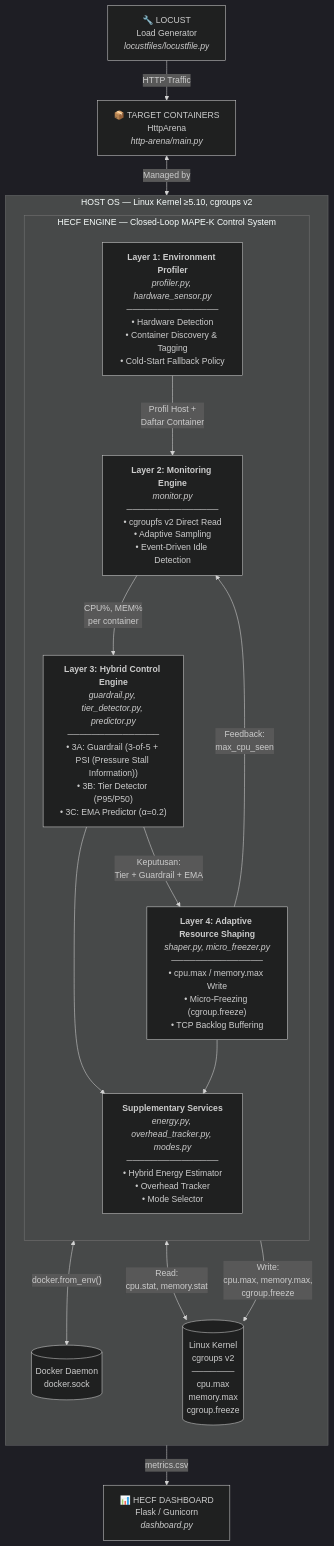
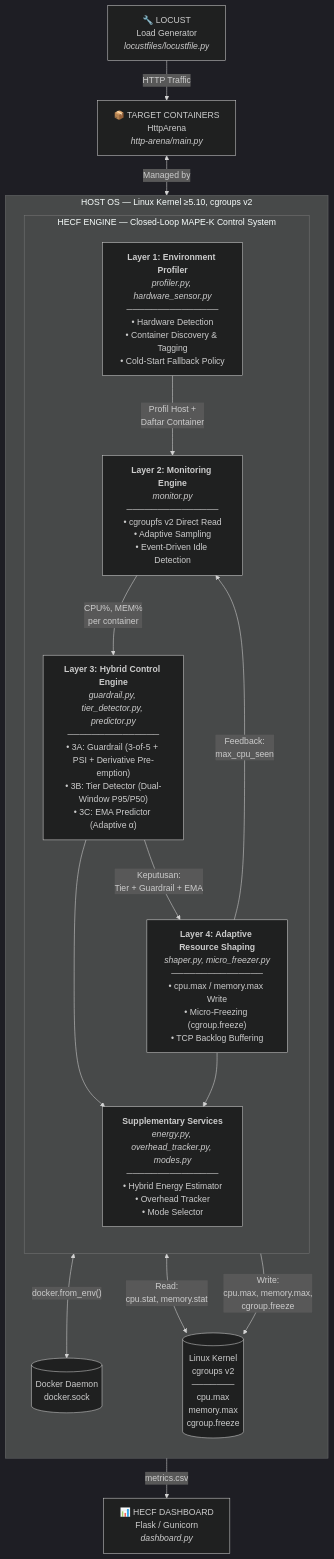
Before and after one commit to fauzanreza/green-container-framework: the first of 2 diagrams in architecture-diagrams/00-concept/big_picture.md, drawn with Mermaid (dark theme). The commit also changed other lines of this file and 51 other files, not shown here.

````diff
--- a/architecture-diagrams/00-concept/big_picture.md
+++ b/architecture-diagrams/00-concept/big_picture.md
@@ -8,42 +8,42 @@
 ```mermaid
 flowchart TB
     subgraph HOST["HOST OS — Linux Kernel ≥5.10, cgroups v2"]
         direction TB
 
         subgraph MAPE["HECF ENGINE — Closed-Loop MAPE-K Control System"]
             direction TB
 
             L1["<b>Layer 1: Environment Profiler</b><br/><i>profiler.py, hardware_sensor.py</i><br/>───────────────<br/>• Hardware Detection<br/>• Container Discovery & Tagging<br/>• Cold-Start Fallback Policy"]
 
             L2["<b>Layer 2: Monitoring Engine</b><br/><i>monitor.py</i><br/>───────────────<br/>• cgroupfs v2 Direct Read<br/>• Adaptive Sampling<br/>• Event-Driven Idle Detection"]
 
-            L3["<b>Layer 3: Hybrid Control Engine</b><br/><i>guardrail.py, tier_detector.py, predictor.py</i><br/>───────────────<br/>• 3A: Guardrail (3-of-5 + PSI (Pressure Stall Information))<br/>• 3B: Tier Detector (P95/P50)<br/>• 3C: EMA Predictor (α=0.2)"]
+            L3["<b>Layer 3: Hybrid Control Engine</b><br/><i>guardrail.py, tier_detector.py, predictor.py</i><br/>───────────────<br/>• 3A: Guardrail (3-of-5 + PSI + Derivative Pre-emption)<br/>• 3B: Tier Detector (Dual-Window P95/P50)<br/>• 3C: EMA Predictor (Adaptive α)"]
 
             L4["<b>Layer 4: Adaptive Resource Shaping</b><br/><i>shaper.py, micro_freezer.py</i><br/>───────────────<br/>• cpu.max / memory.max Write<br/>• Micro-Freezing (cgroup.freeze)<br/>• TCP Backlog Buffering"]
 
             SUP["<b>Supplementary Services</b><br/><i>energy.py, overhead_tracker.py, modes.py</i><br/>───────────────<br/>• Hybrid Energy Estimator<br/>• Overhead Tracker<br/>• Mode Selector"]
 
             L1 -->|"Profil Host +<br/>Daftar Container"| L2
             L2 -->|"CPU%, MEM%<br/>per container"| L3
             L3 -->|"Keputusan:<br/>Tier + Guardrail + EMA"| L4
             L4 -->|"Feedback:<br/>max_cpu_seen"| L2
             L3 --> SUP
             L4 --> SUP
         end
 
         KERNEL[("Linux Kernel<br/>cgroups v2<br/>───────<br/>cpu.max<br/>memory.max<br/>cgroup.freeze")]
         DOCKER[("Docker Daemon<br/>docker.sock")]
 
         L1 <-->|"docker.from_env()"| DOCKER
         L2 <-->|"Read:<br/>cpu.stat, memory.stat"| KERNEL
         L4 -->|"Write:<br/>cpu.max, memory.max,<br/>cgroup.freeze"| KERNEL
     end
 
     LOCUST["🔧 LOCUST<br/>Load Generator<br/><i>locustfiles/locustfile.py</i>"]
     TARGET["📦 TARGET CONTAINERS<br/>HttpArena<br/><i>http-arena/main.py</i>"]
     DASH["📊 HECF DASHBOARD<br/>Flask / Gunicorn<br/><i>dashboard.py</i>"]
 
     LOCUST -->|"HTTP Traffic"| TARGET
     TARGET <-->|"Managed by"| DOCKER
     SUP -->|"metrics.csv"| DASH
 ```
````
